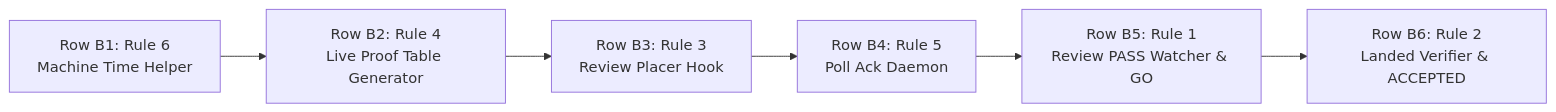
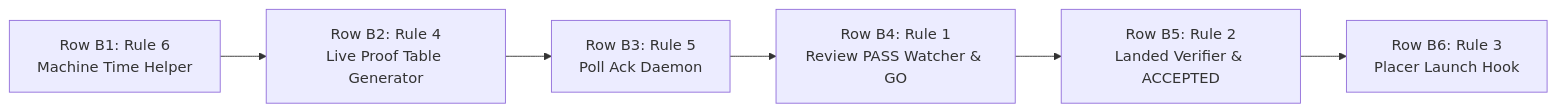
One commit to csitea/csi-spl changed the sixth of 6 diagrams in csi-spl-doc/specs/157-dispatch-automation/spec.md. Above: the diagram before and after it, drawn with Mermaid. The commit also changed other lines of this file, not shown here.

````diff
--- a/csi-spl-doc/specs/157-dispatch-automation/spec.md
+++ b/csi-spl-doc/specs/157-dispatch-automation/spec.md
@@ -516,8 +564,8 @@
 ```mermaid
 flowchart LR
     B1[Row B1: Rule 6<br/>Machine Time Helper] --> B2[Row B2: Rule 4<br/>Live Proof Table Generator]
-    B2 --> B3[Row B3: Rule 3<br/>Review Placer Hook]
-    B3 --> B4[Row B4: Rule 5<br/>Poll Ack Daemon]
-    B4 --> B5[Row B5: Rule 1<br/>Review PASS Watcher & GO]
-    B5 --> B6[Row B6: Rule 2<br/>Landed Verifier & ACCEPTED]
+    B2 --> B3[Row B3: Rule 5<br/>Poll Ack Daemon]
+    B3 --> B4[Row B4: Rule 1<br/>Review PASS Watcher & GO]
+    B4 --> B5[Row B5: Rule 2<br/>Landed Verifier & ACCEPTED]
+    B5 --> B6[Row B6: Rule 3<br/>Placer Launch Hook]
 ```
````
